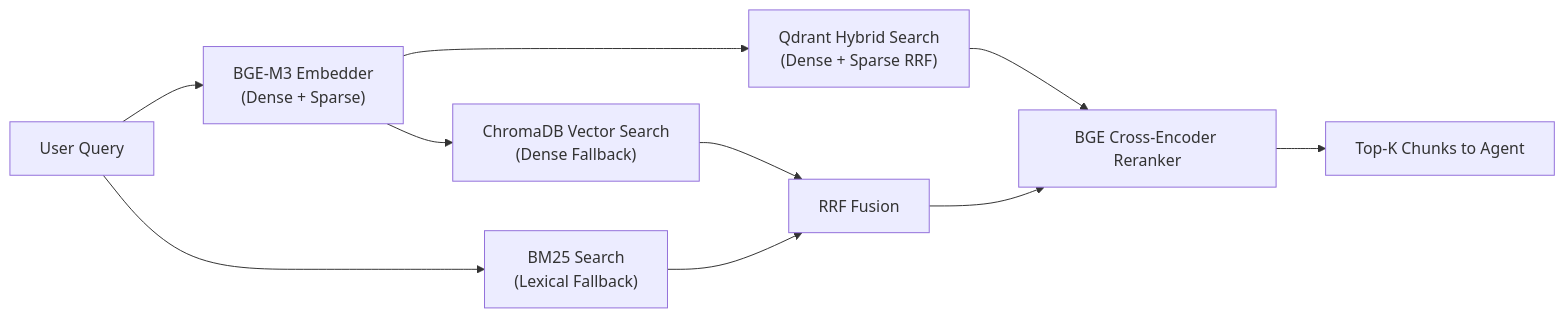
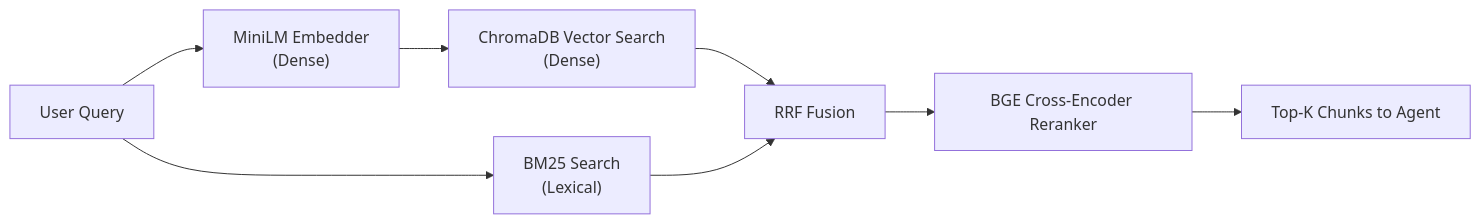
Before and after one commit to BennedictQuanTon/BKAi-Admission-System: the second of 4 diagrams in README.md, drawn with Mermaid. The commit also changed other lines of this file and 19 other files, not shown here.

````diff
--- a/README.md
+++ b/README.md
@@ -185,12 +182,10 @@
 ```mermaid
 graph LR
-    Q["User Query"] --> EMB["BGE-M3 Embedder<br/>(Dense + Sparse)"]
-    EMB --> QDR["Qdrant Hybrid Search<br/>(Dense + Sparse RRF)"]
-    EMB --> CHR["ChromaDB Vector Search<br/>(Dense Fallback)"]
-    Q --> BM["BM25 Search<br/>(Lexical Fallback)"]
+    Q["User Query"] --> EMB["MiniLM Embedder<br/>(Dense)"]
+    EMB --> CHR["ChromaDB Vector Search<br/>(Dense)"]
+    Q --> BM["BM25 Search<br/>(Lexical)"]
     CHR --> RRF["RRF Fusion"]
     BM --> RRF
-    QDR --> RER["BGE Cross-Encoder Reranker"]
-    RRF --> RER
+    RRF --> RER["BGE Cross-Encoder Reranker"]
     RER --> TOP["Top-K Chunks to Agent"]
 ```
````
